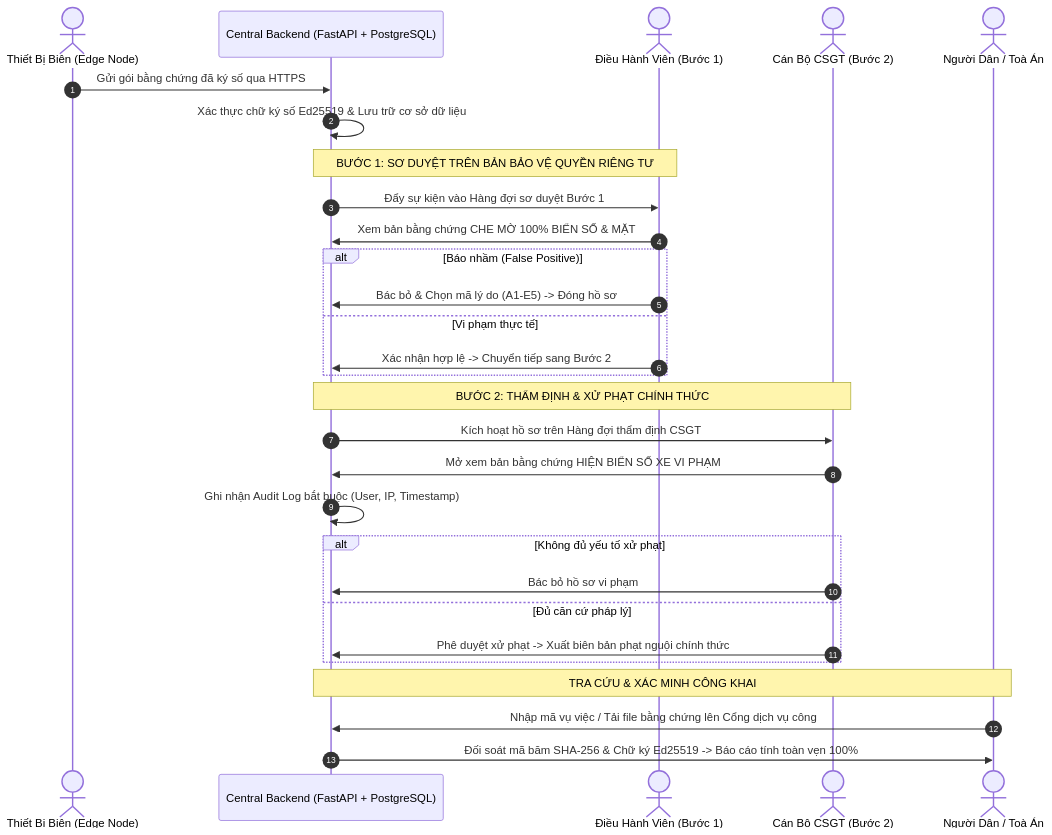
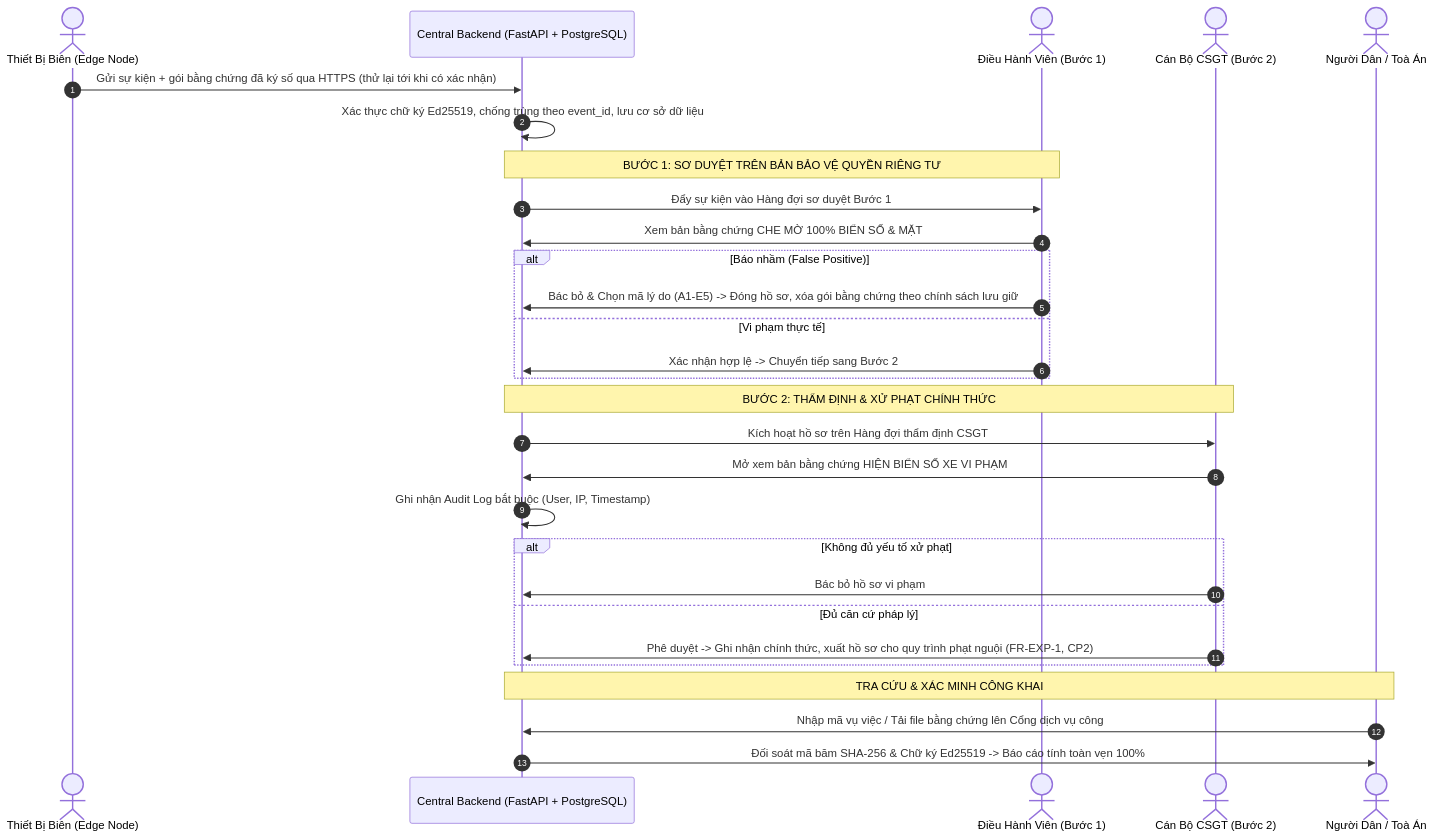
Before and after one commit to NguyenTuan-UET/roadwatch_copilot: the third of 4 diagrams in docs/architecture_diagram.md, drawn with Mermaid. The commit also changed other lines of this file and 16 other files, not shown here.

Commit message:
docs: update timeline v3.0 with task allocations, spec v1.0 updates, and competitor analysis

````diff
--- a/docs/architecture_diagram.md
+++ b/docs/architecture_diagram.md
@@ -127,35 +173,35 @@
 ```mermaid
 sequenceDiagram
     autonumber
     actor Edge as Thiết Bị Biên (Edge Node)
     participant BE as Central Backend (FastAPI + PostgreSQL)
     actor Op as Điều Hành Viên (Bước 1)
     actor Police as Cán Bộ CSGT (Bước 2)
     actor Public as Người Dân / Toà Án
 
-    Edge->>BE: Gửi gói bằng chứng đã ký số qua HTTPS
-    BE->>BE: Xác thực chữ ký số Ed25519 & Lưu trữ cơ sở dữ liệu
+    Edge->>BE: Gửi sự kiện + gói bằng chứng đã ký số qua HTTPS (thử lại tới khi có xác nhận)
+    BE->>BE: Xác thực chữ ký Ed25519, chống trùng theo event_id, lưu cơ sở dữ liệu
     
     Note over BE,Op: BƯỚC 1: SƠ DUYỆT TRÊN BẢN BẢO VỆ QUYỀN RIÊNG TƯ
     BE->>Op: Đẩy sự kiện vào Hàng đợi sơ duyệt Bước 1
     Op->>BE: Xem bản bằng chứng CHE MỜ 100% BIỂN SỐ & MẶT
     alt Báo nhầm (False Positive)
-        Op->>BE: Bác bỏ & Chọn mã lý do (A1-E5) -> Đóng hồ sơ
+        Op->>BE: Bác bỏ & Chọn mã lý do (A1-E5) -> Đóng hồ sơ, xóa gói bằng chứng theo chính sách lưu giữ
     else Vi phạm thực tế
         Op->>BE: Xác nhận hợp lệ -> Chuyển tiếp sang Bước 2
     end
 
     Note over BE,Police: BƯỚC 2: THẨM ĐỊNH & XỬ PHẠT CHÍNH THỨC
     BE->>Police: Kích hoạt hồ sơ trên Hàng đợi thẩm định CSGT
     Police->>BE: Mở xem bản bằng chứng HIỆN BIỂN SỐ XE VI PHẠM
     BE->>BE: Ghi nhận Audit Log bắt buộc (User, IP, Timestamp)
     alt Không đủ yếu tố xử phạt
         Police->>BE: Bác bỏ hồ sơ vi phạm
     else Đủ căn cứ pháp lý
-        Police->>BE: Phê duyệt xử phạt -> Xuất biên bản phạt nguội chính thức
+        Police->>BE: Phê duyệt -> Ghi nhận chính thức, xuất hồ sơ cho quy trình phạt nguội (FR-EXP-1, CP2)
     end
 
     Note over Public,BE: TRA CỨU & XÁC MINH CÔNG KHAI
     Public->>BE: Nhập mã vụ việc / Tải file bằng chứng lên Cổng dịch vụ công
     BE->>Public: Đối soát mã băm SHA-256 & Chữ ký Ed25519 -> Báo cáo tính toàn vẹn 100%
 ```
````
